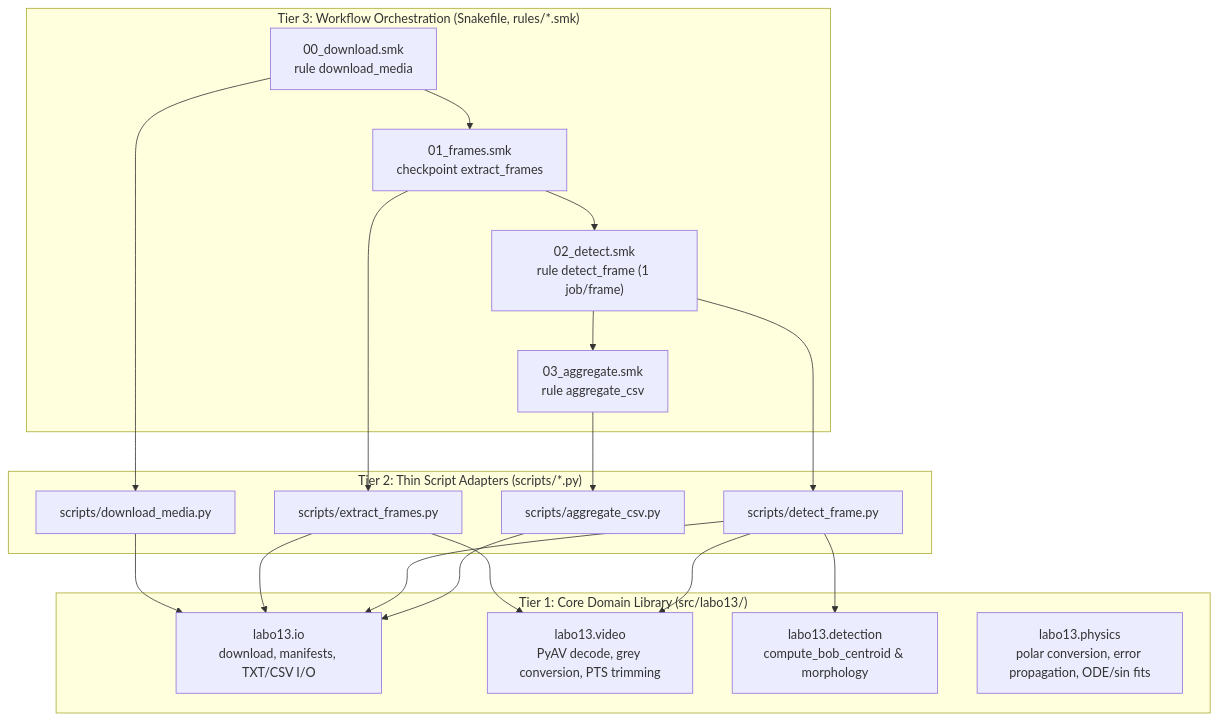
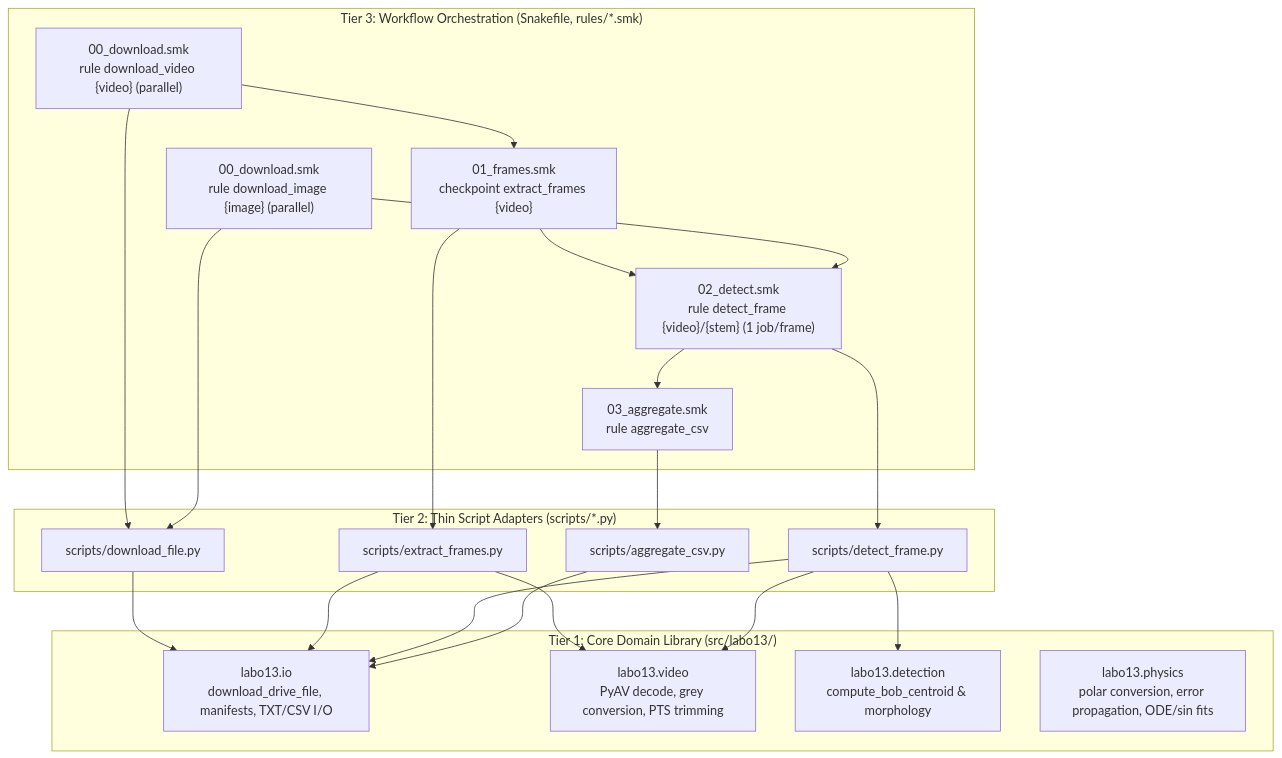
The diagram in docs/workflow_plan_bis.md (aaronbernal28/labo13-nuevos-videos-1080), drawn with Mermaid before and after one commit. The commit also changed other lines of this file, not shown here.

First line of the commit message:
docs(plan): add extracted Drive file inventory and parallel download rules

````diff
--- a/docs/workflow_plan_bis.md
+++ b/docs/workflow_plan_bis.md
@@ -44,32 +83,36 @@
 ```mermaid
 flowchart TD
     subgraph Tier3["Tier 3: Workflow Orchestration (Snakefile, rules/*.smk)"]
-        R0["00_download.smk<br/>rule download_media"]
-        R1["01_frames.smk<br/>checkpoint extract_frames"]
-        R2["02_detect.smk<br/>rule detect_frame (1 job/frame)"]
+        R0V["00_download.smk<br/>rule download_video {video} (parallel)"]
+        R0I["00_download.smk<br/>rule download_image {image} (parallel)"]
+        R1["01_frames.smk<br/>checkpoint extract_frames {video}"]
+        R2["02_detect.smk<br/>rule detect_frame {video}/{stem} (1 job/frame)"]
         R3["03_aggregate.smk<br/>rule aggregate_csv"]
-        R0 --> R1 --> R2 --> R3
+        R0V --> R1 --> R2 --> R3
+        R0I --> R2
     end
 
     subgraph Tier2["Tier 2: Thin Script Adapters (scripts/*.py)"]
-        S0["scripts/download_media.py"]
+        S0["scripts/download_file.py"]
         S1["scripts/extract_frames.py"]
         S2["scripts/detect_frame.py"]
         S3["scripts/aggregate_csv.py"]
     end
 
     subgraph Tier1["Tier 1: Core Domain Library (src/labo13/)"]
-        L_IO["labo13.io<br/>download, manifests, TXT/CSV I/O"]
+        L_IO["labo13.io<br/>download_drive_file, manifests, TXT/CSV I/O"]
         L_VID["labo13.video<br/>PyAV decode, grey conversion, PTS trimming"]
         L_DET["labo13.detection<br/>compute_bob_centroid & morphology"]
         L_PHY["labo13.physics<br/>polar conversion, error propagation, ODE/sin fits"]
     end
 
-    R0 --> S0 --> L_IO
+    R0V --> S0
+    R0I --> S0
+    S0 --> L_IO
     R1 --> S1 --> L_VID
     S1 --> L_IO
     R2 --> S2 --> L_DET
     S2 --> L_VID
     S2 --> L_IO
     R3 --> S3 --> L_IO
 ```
````
